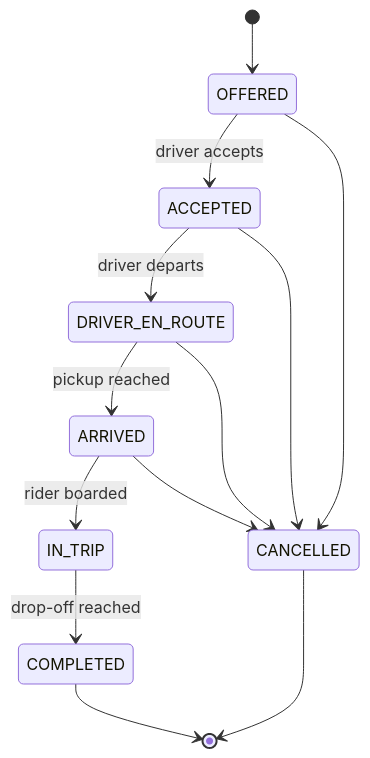
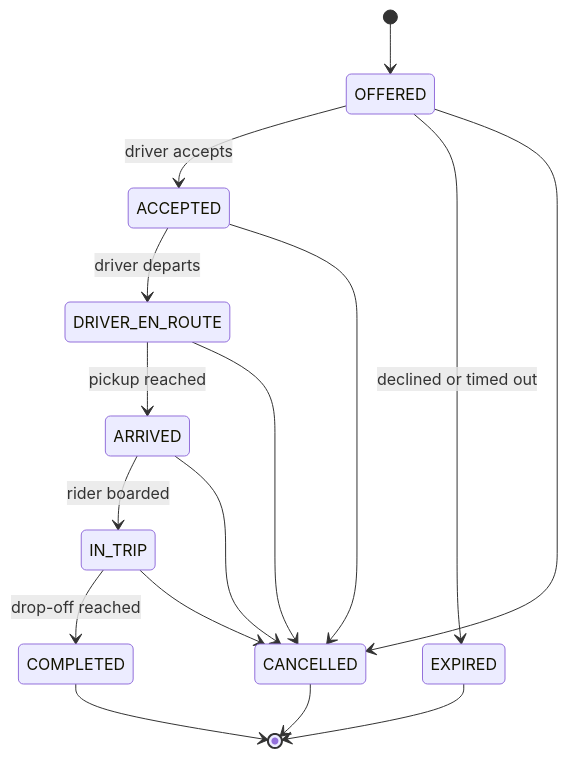
The third of 3 diagrams in mobile-system-design/ride-hailing.md (swarnsingh/android-staff-engineer-playbook-website), drawn with Mermaid before and after one commit. The commit also changed other lines of this file and 16 other files, not shown here.

````diff
--- a/mobile-system-design/ride-hailing.md
+++ b/mobile-system-design/ride-hailing.md
@@ -268,15 +294,18 @@
 ```mermaid
 stateDiagram-v2
     [*] --> OFFERED
     OFFERED --> ACCEPTED: driver accepts
     ACCEPTED --> DRIVER_EN_ROUTE: driver departs
     DRIVER_EN_ROUTE --> ARRIVED: pickup reached
     ARRIVED --> IN_TRIP: rider boarded
     IN_TRIP --> COMPLETED: drop-off reached
+    OFFERED --> EXPIRED: declined or timed out
     OFFERED --> CANCELLED
     ACCEPTED --> CANCELLED
     DRIVER_EN_ROUTE --> CANCELLED
     ARRIVED --> CANCELLED
+    IN_TRIP --> CANCELLED
     COMPLETED --> [*]
     CANCELLED --> [*]
+    EXPIRED --> [*]
 ```
````
